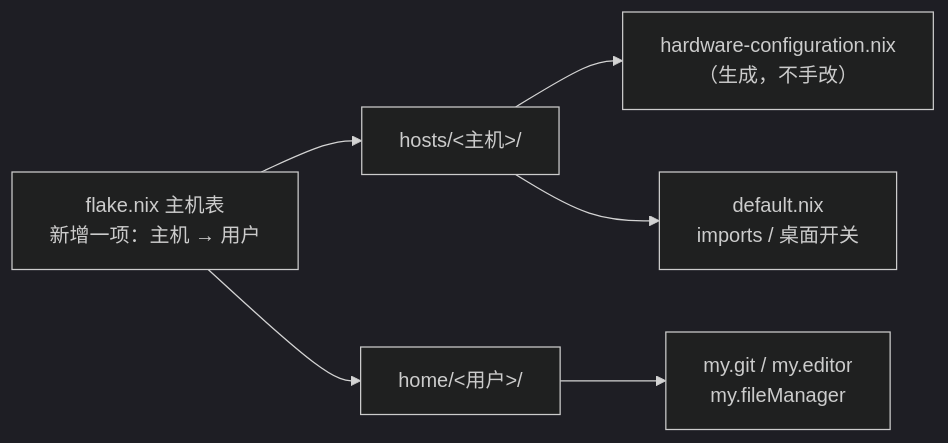
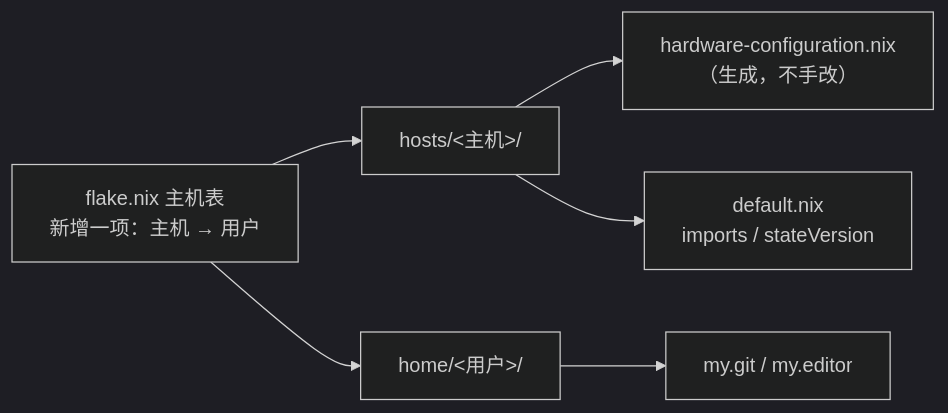
One commit to jjjenkinson/nixos-config changed the third of 4 diagrams in docs/guide.md. Above: the diagram before and after it, drawn with Mermaid (dark theme). The commit also changed other lines of this file and 23 other files, not shown here.

````diff
--- a/docs/guide.md
+++ b/docs/guide.md
@@ -299,9 +317,9 @@
 ```mermaid
 flowchart LR
     T["flake.nix 主机表<br/>新增一项：主机 → 用户"]
     T --> H["hosts/&lt;主机&gt;/"]
     T --> U["home/&lt;用户&gt;/"]
     H --> HW["hardware-configuration.nix<br/>（生成，不手改）"]
-    H --> HD["default.nix<br/>imports / 桌面开关"]
-    U --> USER["my.git / my.editor<br/>my.fileManager"]
+    H --> HD["default.nix<br/>imports / stateVersion"]
+    U --> USER["my.git / my.editor"]
 ```
````
